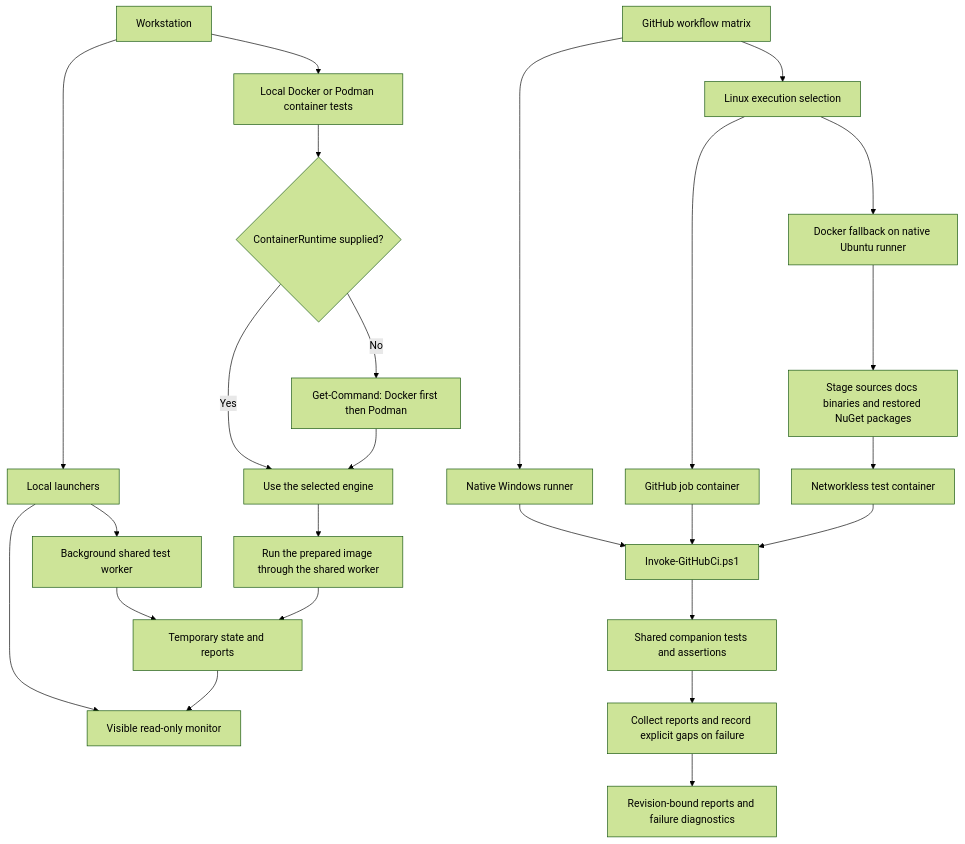
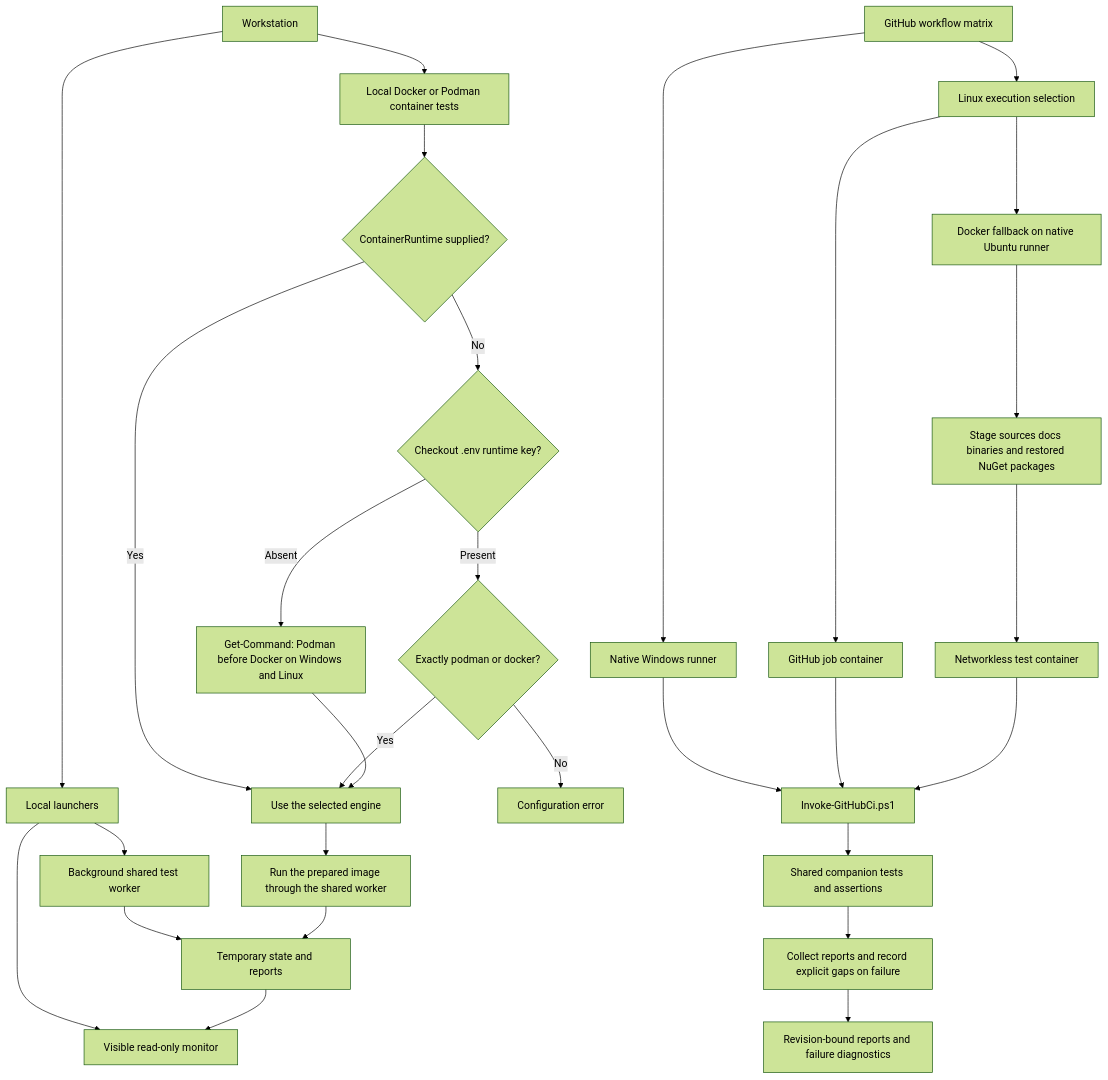
One commit to FrenchExDev2/QuietCli.PoSh changed the first of 5 diagrams in docs/ci/execution-model.md. Above: the diagram before and after it, drawn with Mermaid (forest theme). The commit also changed other lines of this file and 46 other files, not shown here.

````diff
--- a/docs/ci/execution-model.md
+++ b/docs/ci/execution-model.md
@@ -16,27 +16,31 @@
 ```mermaid
 flowchart TD
     A[Workstation] --> L[Local launchers]
     L --> W[Background shared test worker]
     L --> M[Visible read-only monitor]
     W --> R[Temporary state and reports]
     R --> M
     A --> P[Local Docker or Podman container tests]
     P --> VR{ContainerRuntime supplied?}
     VR -- Yes --> VE[Use the selected engine]
-    VR -- No --> VA[Get-Command: Docker first then Podman]
+    VR -- No --> VK{Checkout .env runtime key?}
+    VK -- Absent --> VA[Get-Command: Podman before Docker on Windows and Linux]
+    VK -- Present --> VV{Exactly podman or docker?}
+    VV -- Yes --> VE
+    VV -- No --> VF[Configuration error]
     VA --> VE
     VE --> VC[Run the prepared image through the shared worker]
     VC --> R
     G[GitHub workflow matrix] --> GW[Native Windows runner]
     G --> GL[Linux execution selection]
     GW --> E[Invoke-GitHubCi.ps1]
     GL --> C[GitHub job container]
     GL --> D[Docker fallback on native Ubuntu runner]
     C --> E
     D --> S[Stage sources docs binaries and restored NuGet packages]
     S --> DC[Networkless test container]
     DC --> E
     E --> T[Shared companion tests and assertions]
     T --> B[Collect reports and record explicit gaps on failure]
     B --> F[Revision-bound reports and failure diagnostics]
 ```
````
